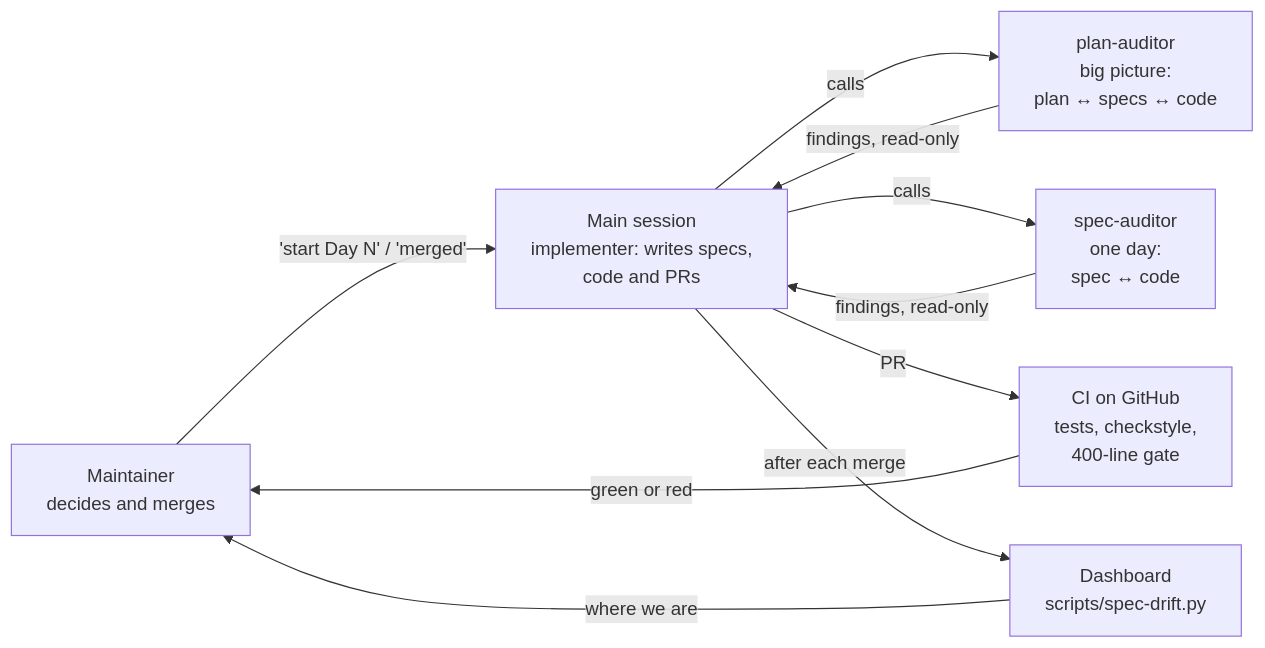
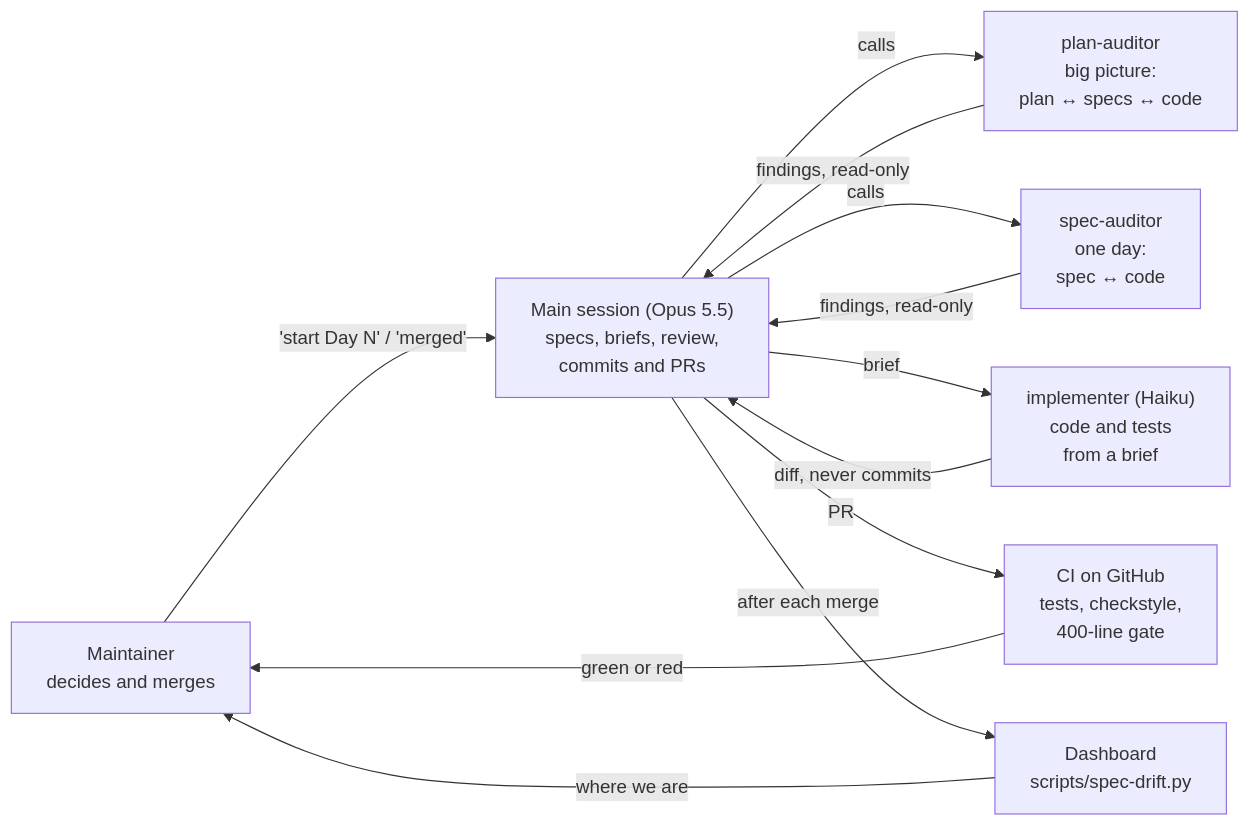
The first of 2 diagrams in docs/workflow.md (Yusuprozimemet/jobmatch-microservices), drawn with Mermaid before and after one commit. The commit also changed other lines of this file and 3 other files, not shown here.

````diff
--- a/docs/workflow.md
+++ b/docs/workflow.md
@@ -11,19 +11,22 @@
 ```mermaid
 flowchart LR
     M["Maintainer<br/>decides and merges"]
-    S["Main session<br/>implementer: writes specs,<br/>code and PRs"]
+    S["Main session (Opus 5.5)<br/>specs, briefs, review,<br/>commits and PRs"]
     PA["plan-auditor<br/>big picture:<br/>plan ↔ specs ↔ code"]
     SA["spec-auditor<br/>one day:<br/>spec ↔ code"]
+    I["implementer (Haiku)<br/>code and tests<br/>from a brief"]
     CI["CI on GitHub<br/>tests, checkstyle,<br/>400-line gate"]
     D["Dashboard<br/>scripts/spec-drift.py"]
 
     M -- "'start Day N' / 'merged'" --> S
     S -- "calls" --> PA
     S -- "calls" --> SA
     PA -- "findings, read-only" --> S
     SA -- "findings, read-only" --> S
+    S -- "brief" --> I
+    I -- "diff, never commits" --> S
     S -- "PR" --> CI
     CI -- "green or red" --> M
     S -- "after each merge" --> D
     D -- "where we are" --> M
 ```
````
